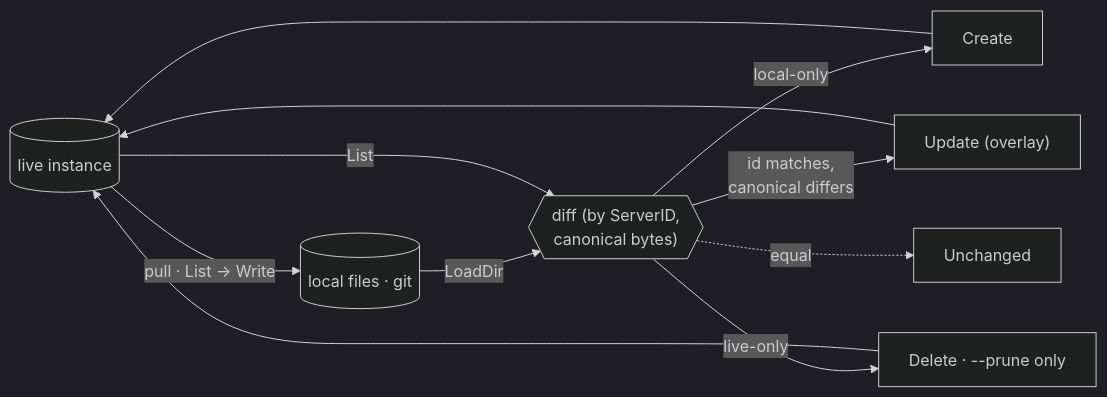
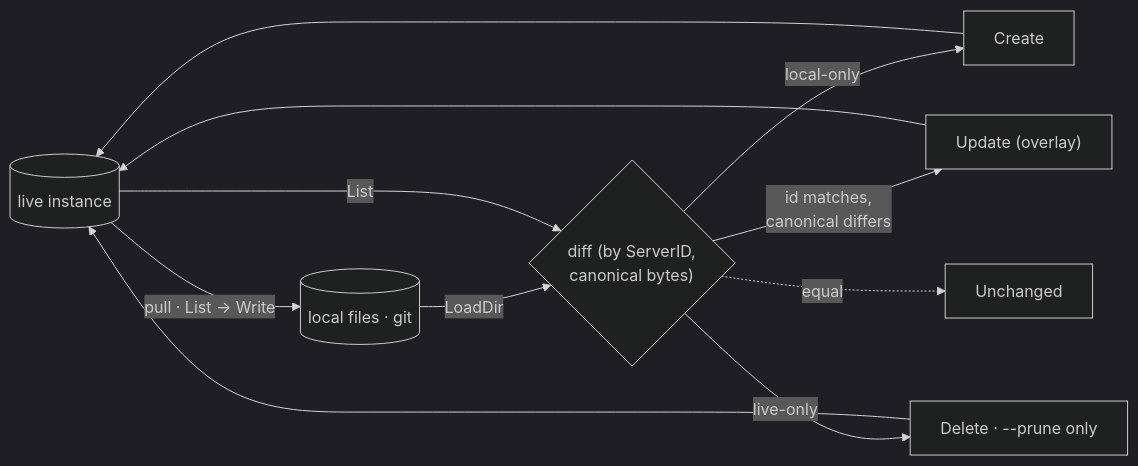
Before and after one commit to dannyota/secops: the first of 2 diagrams in docs/design/architecture.md, drawn with Mermaid (dark theme). The commit also changed 2 other files, not shown here.

Commit message:
docs: fix Mermaid hexagon nodes that Jekyll Liquid strips
The hexagon node shape `id{{"label"}}` collides with Liquid's `{{ }}` output
tag, so Jekyll strips it before the page renders and Mermaid reports a syntax
error on the site (it parses fine on GitHub, which runs no Liquid). Switch the
two affected nodes to the rhombus shape `id{"label"}` (single braces, Liquid-safe)
and document the rule in the style guide.

````diff
--- a/docs/design/architecture.md
+++ b/docs/design/architecture.md
@@ -29,15 +29,15 @@
 ```mermaid
 flowchart LR
   live[("live instance")]
   files[("local files · git")]
   live -- "pull · List → Write" --> files
   files -- "LoadDir" --> plan
-  live -- "List" --> plan{{"diff (by ServerID,<br/>canonical bytes)"}}
+  live -- "List" --> plan{"diff (by ServerID,<br/>canonical bytes)"}
   plan -- "local-only" --> c["Create"]
   plan -- "id matches,<br/>canonical differs" --> u["Update (overlay)"]
   plan -- "live-only" --> d["Delete · --prune only"]
   plan -. "equal" .-> x["Unchanged"]
   c --> live
   u --> live
   d --> live
 ```
````
